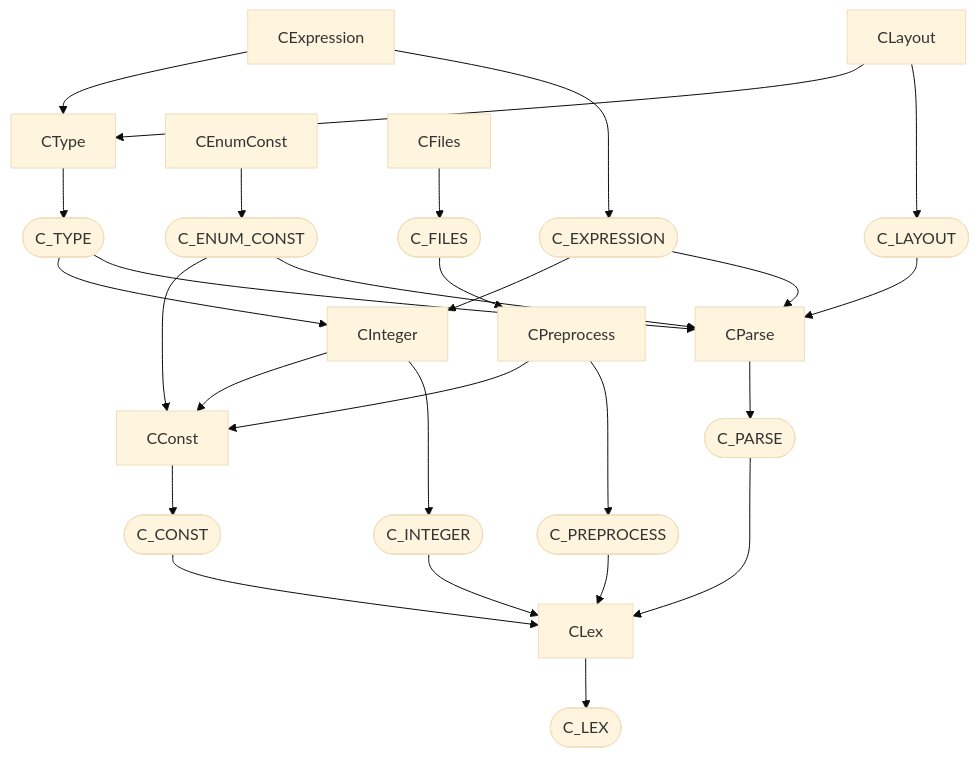
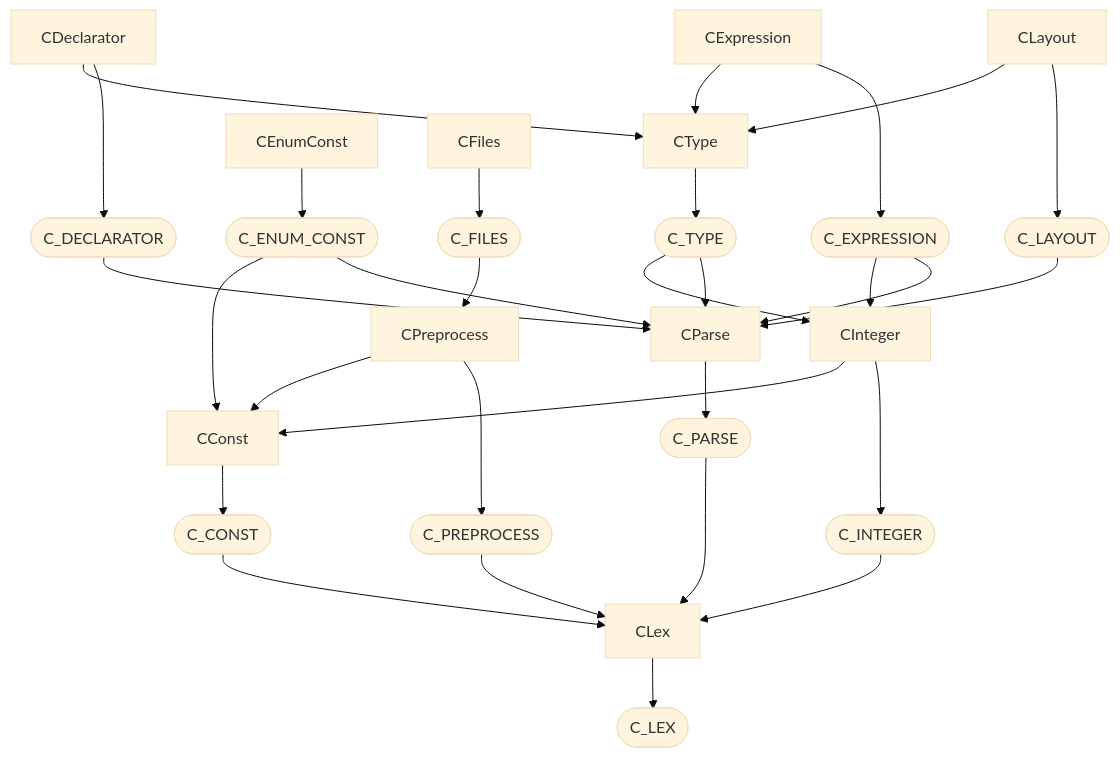
One commit to ruudkoot/rune changed the second of 2 diagrams in docs/lib/language/c/depends.md. Above: the diagram before and after it, drawn with Mermaid (base theme). The commit also changed other lines of this file and 75 other files, not shown here.

````diff
--- a/docs/lib/language/c/depends.md
+++ b/docs/lib/language/c/depends.md
@@ -31,49 +31,54 @@
 ```mermaid
 flowchart TD
   n0(["C_LEX"])
   n1["CLex"]
   n2(["C_CONST"])
   n3["CConst"]
   n4(["C_INTEGER"])
   n5["CInteger"]
   n6(["C_PREPROCESS"])
   n7["CPreprocess"]
   n8(["C_PARSE"])
   n9["CParse"]
   n10(["C_TYPE"])
   n11["CType"]
-  n12(["C_EXPRESSION"])
-  n13["CExpression"]
-  n14(["C_ENUM_CONST"])
-  n15["CEnumConst"]
-  n16(["C_LAYOUT"])
-  n17["CLayout"]
-  n18(["C_FILES"])
-  n19["CFiles"]
+  n12(["C_DECLARATOR"])
+  n13["CDeclarator"]
+  n14(["C_EXPRESSION"])
+  n15["CExpression"]
+  n16(["C_ENUM_CONST"])
+  n17["CEnumConst"]
+  n18(["C_LAYOUT"])
+  n19["CLayout"]
+  n20(["C_FILES"])
+  n21["CFiles"]
   n1 --> n0
   n2 --> n1
   n3 --> n2
   n4 --> n1
   n5 --> n3
   n5 --> n4
   n6 --> n1
   n7 --> n3
   n7 --> n6
   n8 --> n1
   n9 --> n8
   n10 --> n5
   n10 --> n9
   n11 --> n10
-  n12 --> n5
   n12 --> n9
   n13 --> n11
   n13 --> n12
-  n14 --> n3
+  n14 --> n5
   n14 --> n9
+  n15 --> n11
   n15 --> n14
+  n16 --> n3
   n16 --> n9
-  n17 --> n11
   n17 --> n16
-  n18 --> n7
+  n18 --> n9
+  n19 --> n11
   n19 --> n18
+  n20 --> n7
+  n21 --> n20
 ```
````
